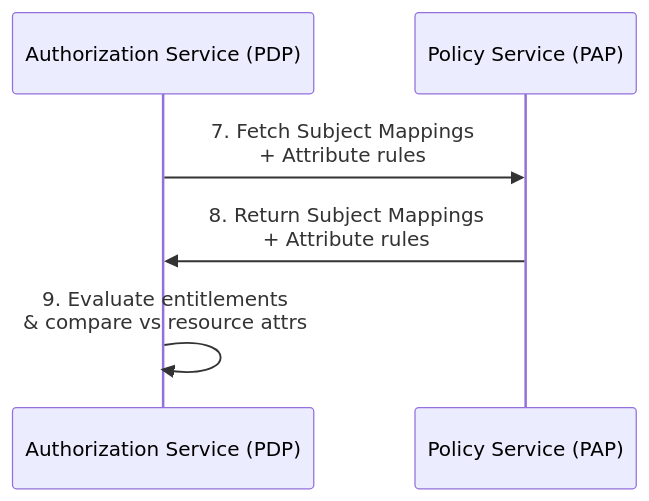
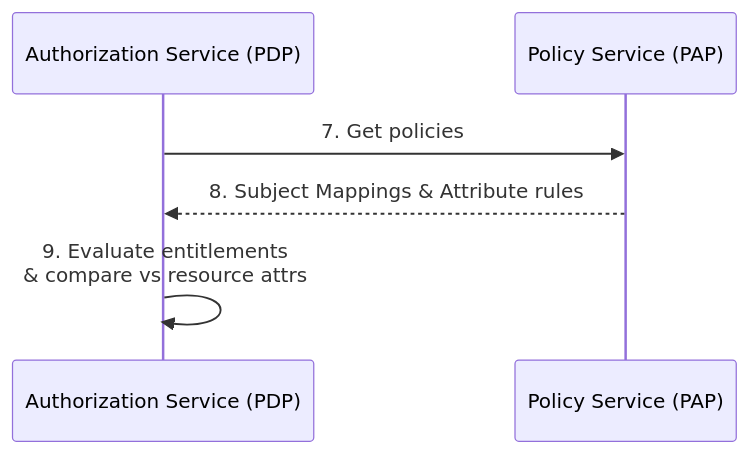
Before and after one commit to opentdf/docs: the fourth of 5 diagrams in docs/guides/subject-mapping-guide.md, drawn with Mermaid. The commit also changed other lines of this file, not shown here.

Commit message:
fix: use dashed arrows and concise labels for Policy responses in diagrams
Addresses Gemini review: use -->> for response arrows per Mermaid
sequence diagram convention, and simplify step labels.

````diff
--- a/docs/guides/subject-mapping-guide.md
+++ b/docs/guides/subject-mapping-guide.md
@@ -171,9 +171,9 @@
 ```mermaid
 sequenceDiagram
     participant Auth as Authorization Service (PDP)
     participant Policy as Policy Service (PAP)
 
-    Auth->>Policy: 7. Fetch Subject Mappings<br/>+ Attribute rules
-    Policy->>Auth: 8. Return Subject Mappings<br/>+ Attribute rules
+    Auth->>Policy: 7. Get policies
+    Policy-->>Auth: 8. Subject Mappings & Attribute rules
     Auth->>Auth: 9. Evaluate entitlements<br/>& compare vs resource attrs
 ```
````
